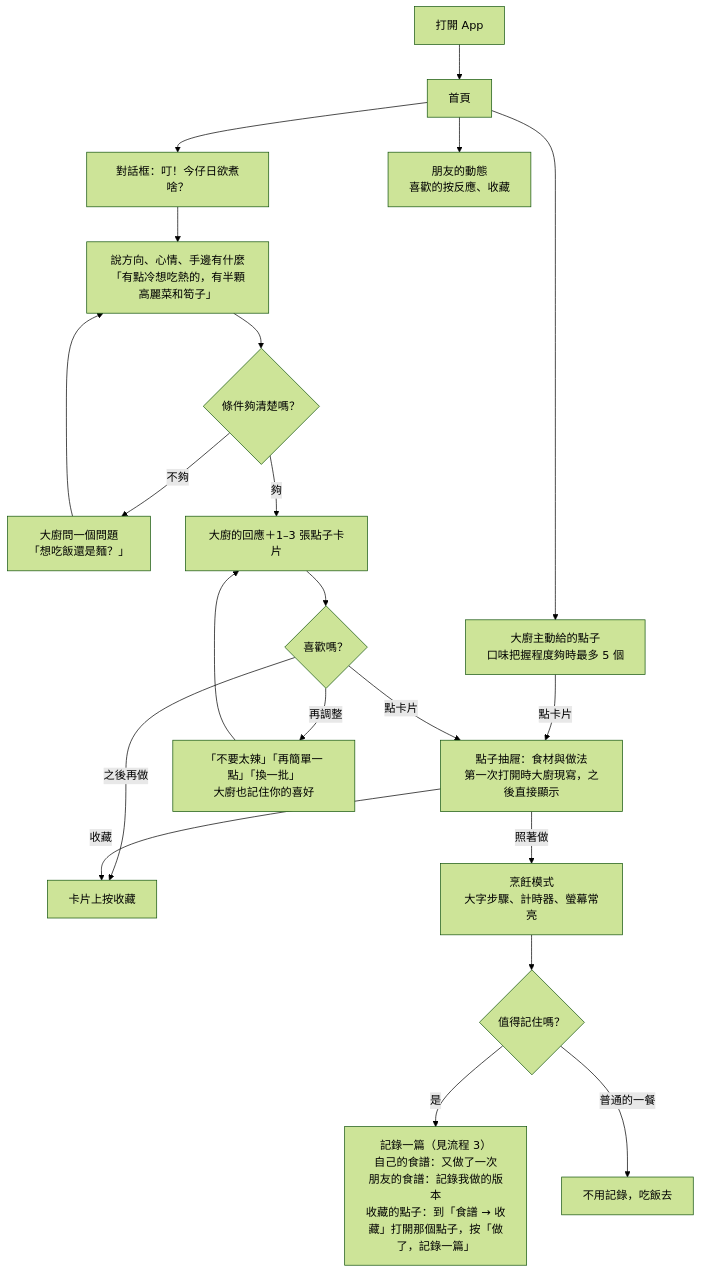
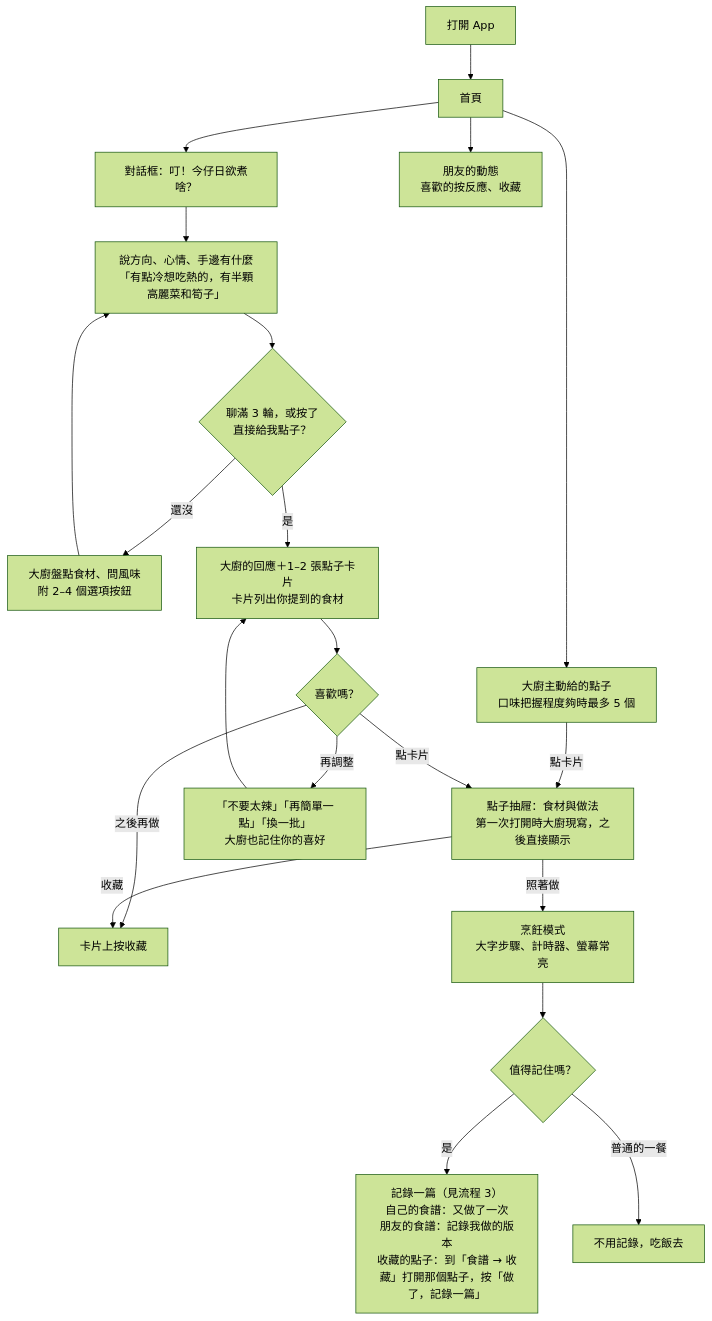
Before and after one commit to LeeBoYin/cooking-recipe-app: the second of 8 diagrams in docs/09-user-flows.md, drawn with Mermaid (forest theme). The commit also changed other lines of this file and 30 other files, not shown here.

````diff
--- a/docs/09-user-flows.md
+++ b/docs/09-user-flows.md
@@ -53,21 +53,21 @@
 ```mermaid
 flowchart TD
   A[打開 App] --> B[首頁]
   B --> CH[對話框：叮！今仔日欲煮啥？]
   B --> HC[大廚主動給的點子<br/>口味把握程度夠時最多 5 個]
   B --> FR[朋友的動態<br/>喜歡的按反應、收藏]
   CH --> T[說方向、心情、手邊有什麼<br/>「有點冷想吃熱的，有半顆高麗菜和筍子」]
-  T --> Q{條件夠清楚嗎？}
-  Q -- 不夠 --> AS[大廚問一個問題<br/>「想吃飯還是麵？」] --> T
-  Q -- 夠 --> D[大廚的回應＋1–3 張點子卡片]
+  T --> Q{聊滿 3 輪，或按了<br/>直接給我點子？}
+  Q -- 還沒 --> AS[大廚盤點食材、問風味<br/>附 2–4 個選項按鈕] --> T
+  Q -- 是 --> D[大廚的回應＋1–2 張點子卡片<br/>卡片列出你提到的食材]
   HC -- 點卡片 --> DR[點子抽屜：食材與做法<br/>第一次打開時大廚現寫，之後直接顯示]
   D --> E{喜歡嗎？}
   E -- 再調整 --> T2[「不要太辣」「再簡單一點」「換一批」<br/>大廚也記住你的喜好] --> D
   E -- 之後再做 --> G[卡片上按收藏]
   E -- 點卡片 --> DR
   DR -- 收藏 --> G
   DR -- 照著做 --> I[烹飪模式<br/>大字步驟、計時器、螢幕常亮]
   I --> J{值得記住嗎？}
   J -- 是 --> K[記錄一篇（見流程 3）<br/>自己的食譜：又做了一次<br/>朋友的食譜：記錄我做的版本<br/>收藏的點子：到「食譜 → 收藏」打開那個點子，按「做了，記錄一篇」]
   J -- 普通的一餐 --> L[不用記錄，吃飯去]
 ```
````
